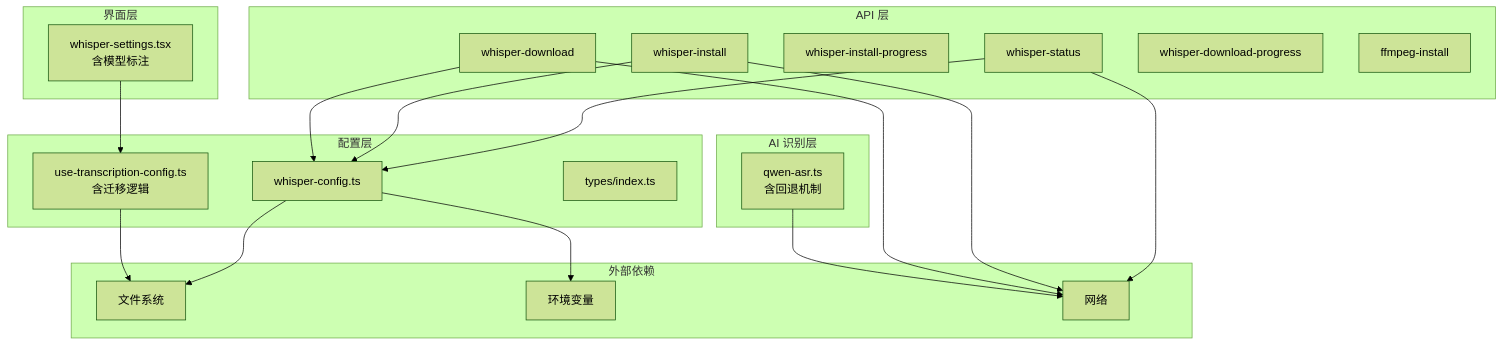
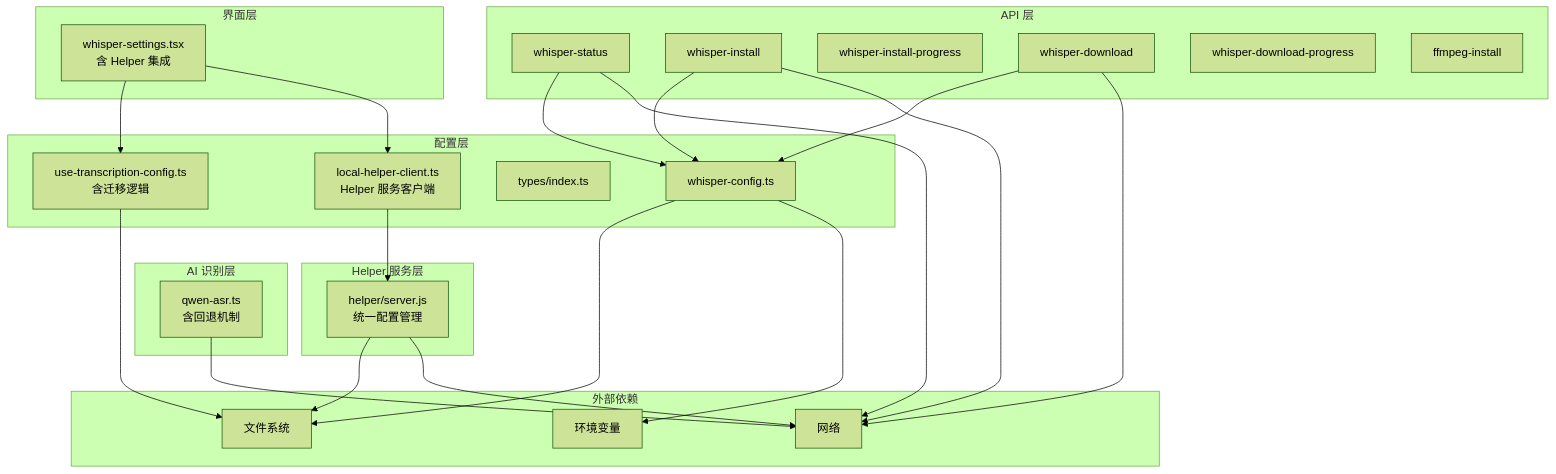
Before and after one commit to clawbotai/memo-flow: the ninth of 9 diagrams in .qoder/repowiki/zh/content/Whisper Configuration.md, drawn with Mermaid (forest theme). The commit also changed other lines of this file and 5 other files, not shown here.

````diff
--- a/.qoder/repowiki/zh/content/Whisper Configuration.md
+++ b/.qoder/repowiki/zh/content/Whisper Configuration.md
@@ -371,38 +446,46 @@
 ```mermaid
 graph TB
 subgraph "配置层"
 WC[whisper-config.ts]
 UT[use-transcription-config.ts<br/>含迁移逻辑]
 TS[types/index.ts]
+LHC[local-helper-client.ts<br/>Helper 服务客户端]
 end
 subgraph "AI 识别层"
 QASR[qwen-asr.ts<br/>含回退机制]
 end
 subgraph "界面层"
-WS[whisper-settings.tsx<br/>含模型标注]
+WS[whisper-settings.tsx<br/>含 Helper 集成]
+end
+subgraph "Helper 服务层"
+HS[helper/server.js<br/>统一配置管理]
 end
 subgraph "API 层"
 WS_API[whisper-status]
 WI_API[whisper-install]
 WIP_API[whisper-install-progress]
 WD_API[whisper-download]
 WDP_API[whisper-download-progress]
 FI_API[ffmpeg-install]
 end
 subgraph "外部依赖"
 FS[文件系统]
 ENV[环境变量]
 NET[网络]
 end
 WC --> FS
 WC --> ENV
 UT --> FS
 WS --> UT
+WS --> LHC
+LHC --> HS
+HS --> FS
+HS --> NET
 WS_API --> WC
 WI_API --> WC
 WD_API --> WC
 WS_API --> NET
 WI_API --> NET
 WD_API --> NET
 QASR --> NET
 ```
````
